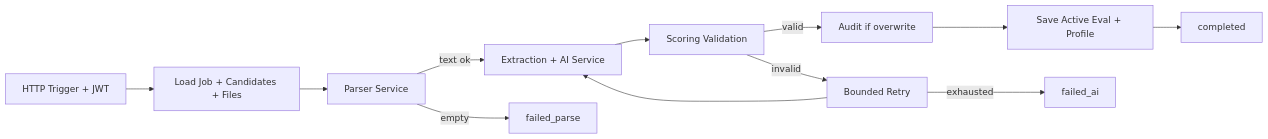
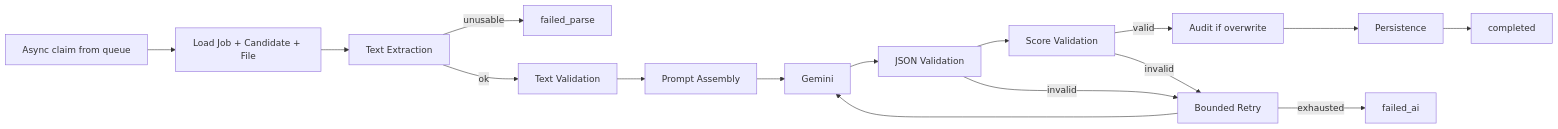
The eighth of 17 diagrams in docs/02-design/04-System-Design-Document.md (VishnuVardhan-CH-2022/resume-rank-ai-dev), drawn with Mermaid before and after one commit. The commit also changed other lines of this file and 4 other files, not shown here.

````diff
--- a/docs/02-design/04-System-Design-Document.md
+++ b/docs/02-design/04-System-Design-Document.md
@@ -512,14 +524,18 @@
 ```mermaid
 flowchart LR
-  Trigger[HTTP Trigger + JWT] --> Load[Load Job + Candidates + Files]
-  Load --> Parse[Parser Service]
-  Parse -->|text ok| Extract[Extraction + AI Service]
-  Parse -->|empty| FP[failed_parse]
-  Extract --> Score[Scoring Validation]
-  Score -->|valid| Hist[Audit if overwrite]
-  Hist --> Save[Save Active Eval + Profile]
+  Claim[Async claim from queue] --> Load[Load Job + Candidate + File]
+  Load --> Extract[Text Extraction]
+  Extract -->|unusable| FP[failed_parse]
+  Extract -->|ok| TVal[Text Validation]
+  TVal --> Prompt[Prompt Assembly]
+  Prompt --> Gem[Gemini]
+  Gem --> JVal[JSON Validation]
+  JVal --> SVal[Score Validation]
+  SVal -->|valid| Hist[Audit if overwrite]
+  Hist --> Save[Persistence]
   Save --> Done[completed]
-  Score -->|invalid| Retry[Bounded Retry]
-  Retry --> Extract
+  JVal -->|invalid| Retry[Bounded Retry]
+  SVal -->|invalid| Retry
+  Retry --> Gem
   Retry -->|exhausted| FA[failed_ai]
 ```
````
